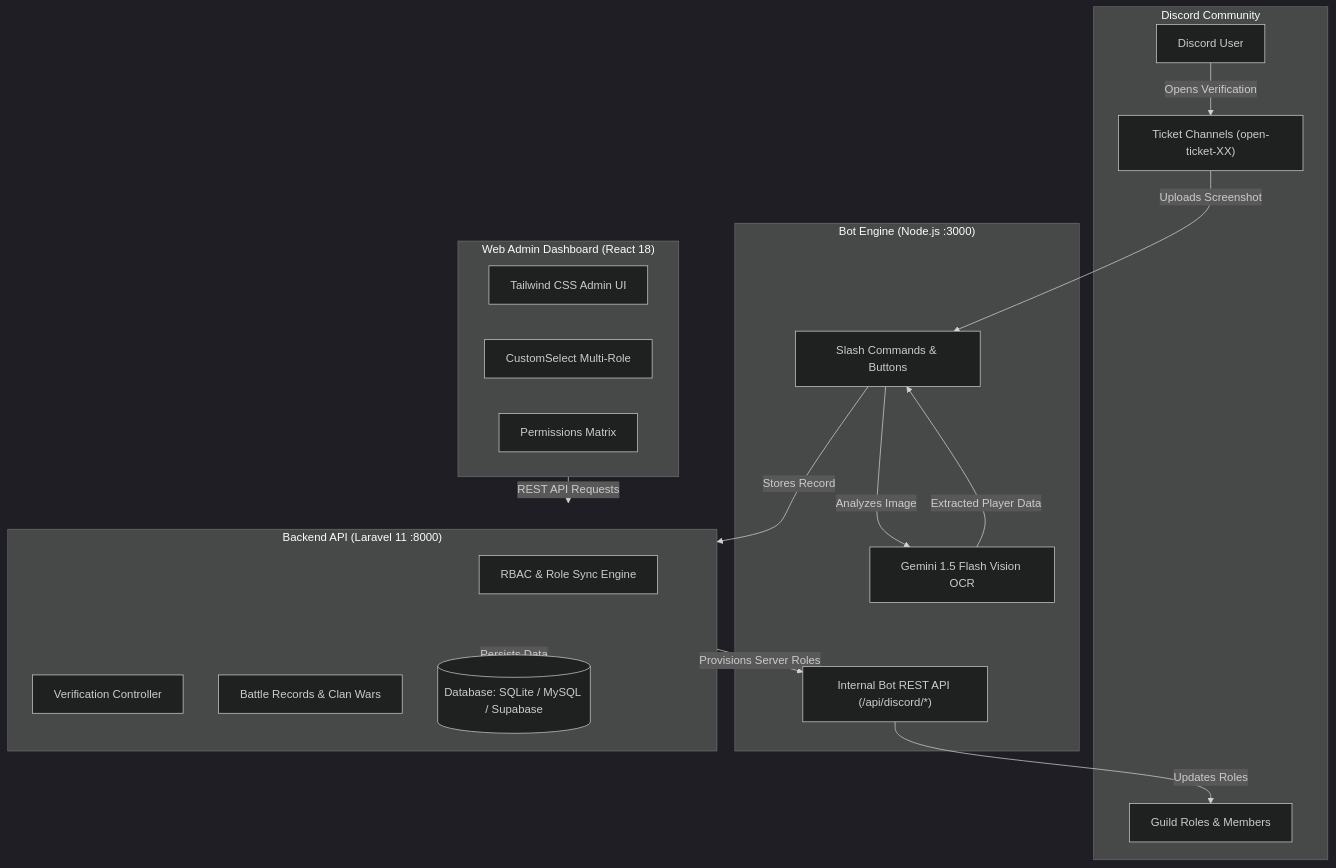
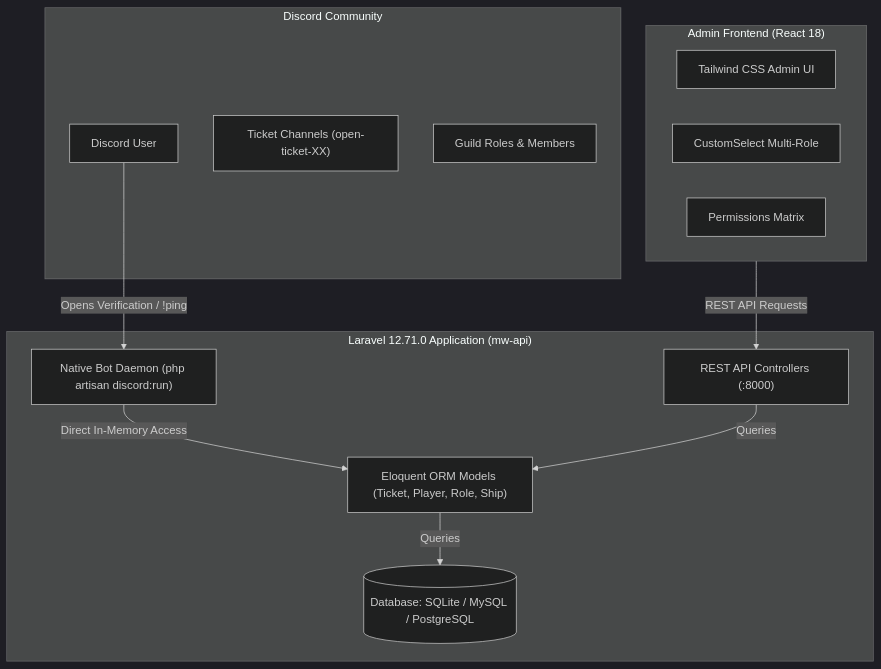
The diagram in README.md (jhustinn/discord-bot-aries), drawn with Mermaid (dark theme) before and after one commit. The commit also changed other lines of this file and 7 other files, not shown here.

Commit message:
docs: update full documentation for Laravel 12.71.0 and native DiscordPHP bot engine

````diff
--- a/README.md
+++ b/README.md
@@ -45,38 +47,27 @@
 ```mermaid
 flowchart TD
     subgraph Discord["Discord Community"]
         Member["Discord User"]
         Channel["Ticket Channels (open-ticket-XX)"]
         Server["Guild Roles & Members"]
     end
 
-    subgraph BotService["Bot Engine (Node.js :3000)"]
-        Cmd["Slash Commands & Buttons"]
-        OCR["Gemini 1.5 Flash Vision OCR"]
-        BBridge["Internal Bot REST API (/api/discord/*)"]
+    subgraph LaravelApp["Laravel 12.71.0 Application (mw-api)"]
+        BotDaemon["Native Bot Daemon (php artisan discord:run)"]
+        Eloquent["Eloquent ORM Models (Ticket, Player, Role, Ship)"]
+        REST["REST API Controllers (:8000)"]
+        DB[(Database: SQLite / MySQL / PostgreSQL)]
     end
 
-    subgraph LaravelAPI["Backend API (Laravel 11 :8000)"]
-        Rbac["RBAC & Role Sync Engine"]
-        Tickets["Verification Controller"]
-        Wars["Battle Records & Clan Wars"]
-        DB[(Database: SQLite / MySQL / Supabase)]
-    end
-
-    subgraph AdminPanel["Web Admin Dashboard (React 18)"]
+    subgraph AdminDashboard["Admin Frontend (React 18)"]
         UI["Tailwind CSS Admin UI"]
         Selector["CustomSelect Multi-Role"]
         Matrix["Permissions Matrix"]
     end
 
-    Member -->|Opens Verification| Channel
-    Channel -->|Uploads Screenshot| Cmd
-    Cmd -->|Analyzes Image| OCR
-    OCR -->|Extracted Player Data| Cmd
-    Cmd -->|Stores Record| LaravelAPI
-    
-    AdminPanel -->|REST API Requests| LaravelAPI
-    LaravelAPI -->|Persists Data| DB
-    LaravelAPI -->|Provisions Server Roles| BBridge
-    BBridge -->|Updates Roles| Server
+    Member -->|Opens Verification / !ping| BotDaemon
+    BotDaemon -->|Direct In-Memory Access| Eloquent
+    Eloquent -->|Queries| DB
+    AdminDashboard -->|REST API Requests| REST
+    REST -->|Queries| Eloquent
 ```
````
